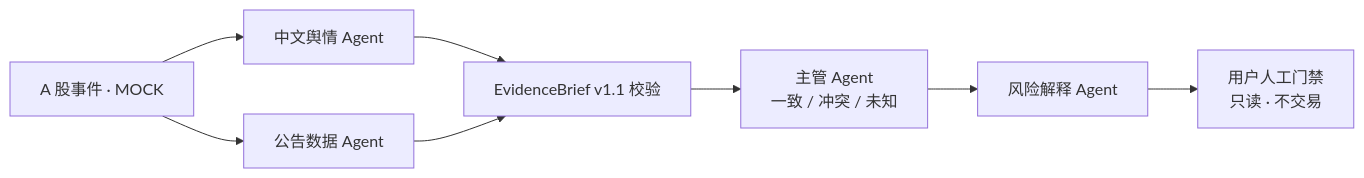
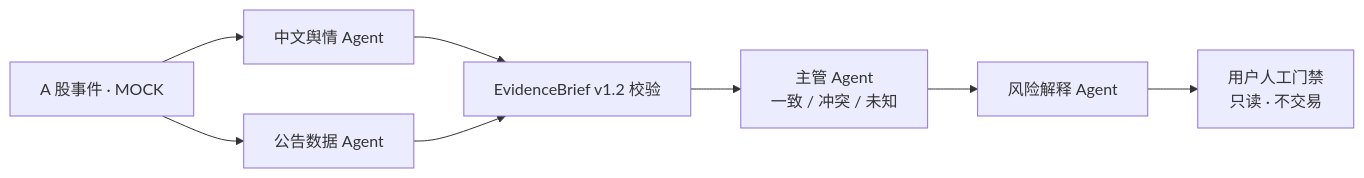
The first of 2 diagrams in README.md (mungbean138516-jpg/orglab-sentinel), drawn with Mermaid before and after one commit. The commit also changed other lines of this file and 26 other files, not shown here.

````diff
--- a/README.md
+++ b/README.md
@@ -52,10 +52,10 @@
 ```mermaid
 flowchart LR
     E["A 股事件 · MOCK"] --> N["中文舆情 Agent"]
     E --> D["公告数据 Agent"]
-    N --> V["EvidenceBrief v1.1 校验"]
+    N --> V["EvidenceBrief v1.2 校验"]
     D --> V
     V --> S["主管 Agent<br/>一致 / 冲突 / 未知"]
     S --> R["风险解释 Agent"]
     R --> H["用户人工门禁<br/>只读 · 不交易"]
 ```
````
